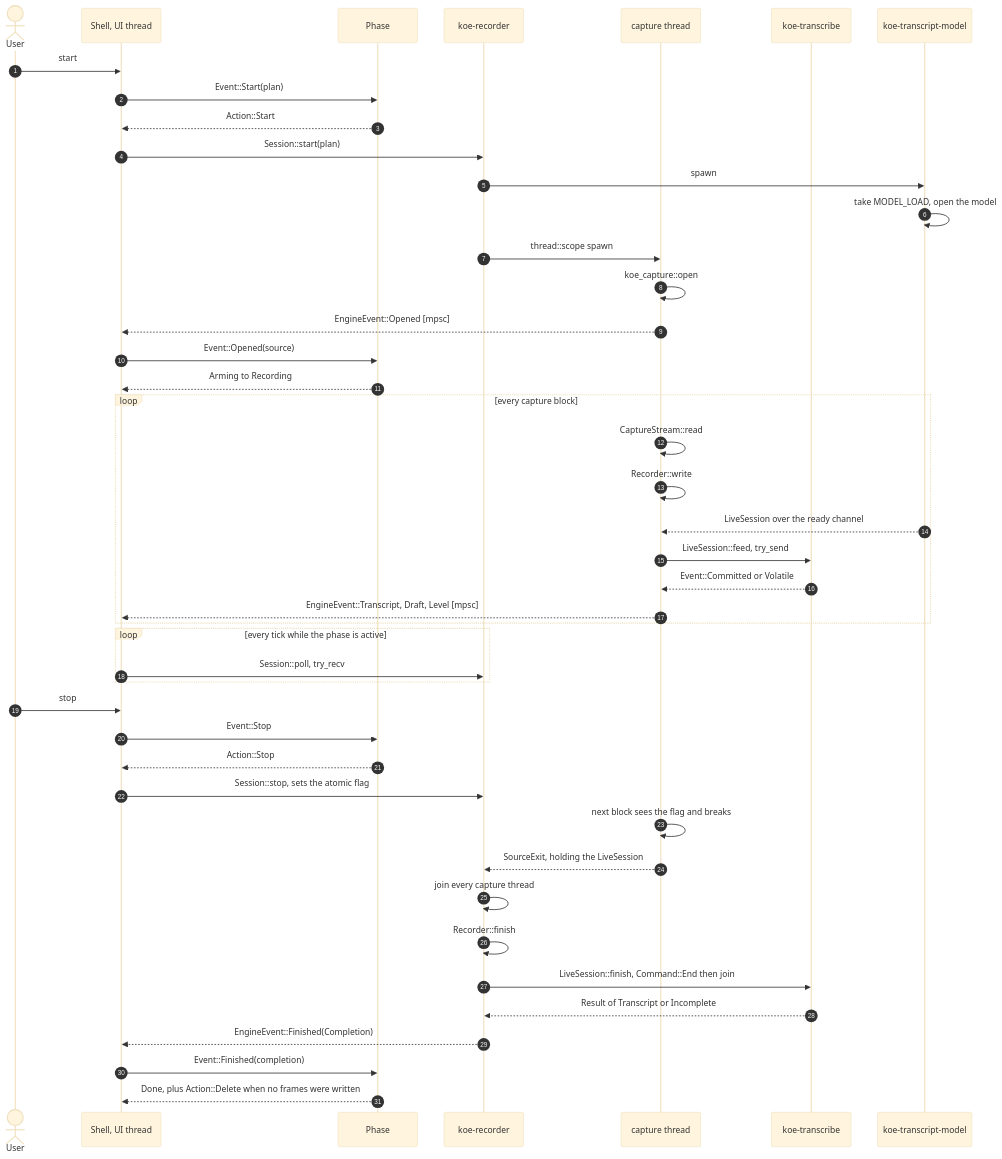
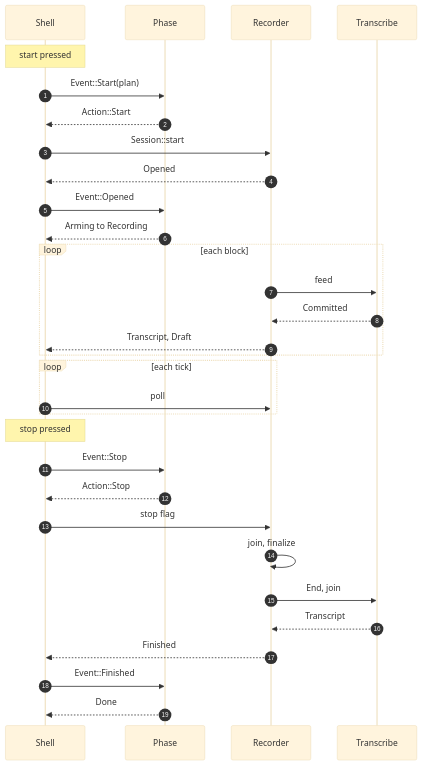
Before and after one commit to mokmok-dev/koe: the second of 6 diagrams in apps/koe-desktop/ARCHITECTURE.md, drawn with Mermaid (base theme). The commit also changed other lines of this file, not shown here.

First line of the commit message:
docs(desktop): keep every diagram inside GitHub's column

````diff
--- a/apps/koe-desktop/ARCHITECTURE.md
+++ b/apps/koe-desktop/ARCHITECTURE.md
@@ -90,50 +90,37 @@
 ```mermaid
 sequenceDiagram
     autonumber
-    actor U as User
-    participant SH as Shell, UI thread
+    participant SH as Shell
     participant PH as Phase
-    participant RC as koe-recorder
-    participant CP as capture thread
-    participant TR as koe-transcribe
-    participant MD as koe-transcript-model
+    participant RC as Recorder
+    participant TR as Transcribe
 
-    U->>SH: start
+    Note over SH: start pressed
     SH->>PH: Event::Start(plan)
     PH-->>SH: Action::Start
-    SH->>RC: Session::start(plan)
-    RC->>MD: spawn
-    MD->>MD: take MODEL_LOAD, open the model
-    RC->>CP: thread::scope spawn
-    CP->>CP: koe_capture::open
-    CP-->>SH: EngineEvent::Opened [mpsc]
-    SH->>PH: Event::Opened(source)
+    SH->>RC: Session::start
+    RC-->>SH: Opened
+    SH->>PH: Event::Opened
     PH-->>SH: Arming to Recording
 
-    loop every capture block
-        CP->>CP: CaptureStream::read
-        CP->>CP: Recorder::write
-        MD-->>CP: LiveSession over the ready channel
-        CP->>TR: LiveSession::feed, try_send
-        TR-->>CP: Event::Committed or Volatile
-        CP-->>SH: EngineEvent::Transcript, Draft, Level [mpsc]
+    loop each block
+        RC->>TR: feed
+        TR-->>RC: Committed
+        RC-->>SH: Transcript, Draft
     end
 
-    loop every tick while the phase is active
-        SH->>RC: Session::poll, try_recv
+    loop each tick
+        SH->>RC: poll
     end
 
-    U->>SH: stop
+    Note over SH: stop pressed
     SH->>PH: Event::Stop
     PH-->>SH: Action::Stop
-    SH->>RC: Session::stop, sets the atomic flag
-    CP->>CP: next block sees the flag and breaks
-    CP-->>RC: SourceExit, holding the LiveSession
-    RC->>RC: join every capture thread
-    RC->>RC: Recorder::finish
-    RC->>TR: LiveSession::finish, Command::End then join
-    TR-->>RC: Result of Transcript or Incomplete
-    RC-->>SH: EngineEvent::Finished(Completion)
-    SH->>PH: Event::Finished(completion)
-    PH-->>SH: Done, plus Action::Delete when no frames were written
+    SH->>RC: stop flag
+    RC->>RC: join, finalize
+    RC->>TR: End, join
+    TR-->>RC: Transcript
+    RC-->>SH: Finished
+    SH->>PH: Event::Finished
+    PH-->>SH: Done
 ```
````
